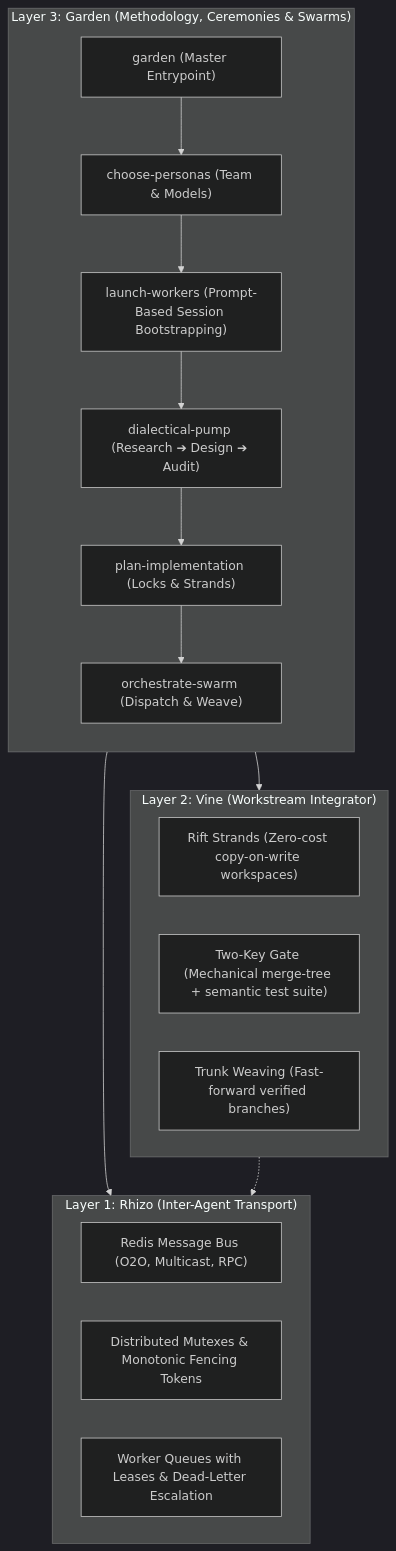
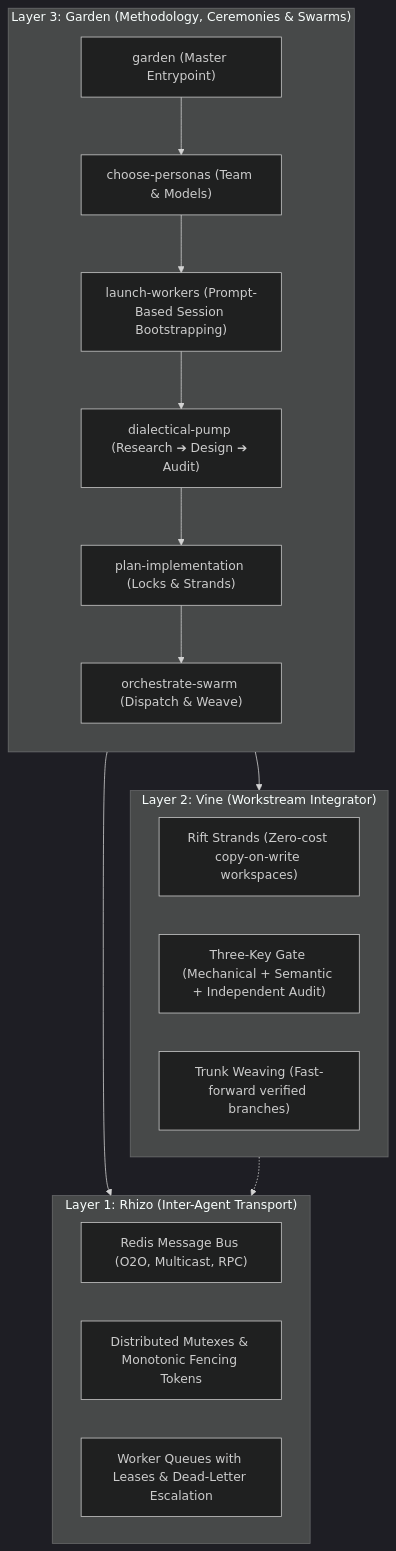
One commit to axiomantic/garden changed the diagram in README.md. Above: the diagram before and after it, drawn with Mermaid (dark theme). The commit also changed other lines of this file and 15 other files, not shown here.

Commit message:
feat(roadmap): add botanical roadmap command, procedural personas, and defeat-device audit gate

````diff
--- a/README.md
+++ b/README.md
@@ -34,29 +34,29 @@
 ```mermaid
 flowchart TD
     subgraph Layer3["Layer 3: Garden (Methodology, Ceremonies & Swarms)"]
         direction TB
         GardenSkill["garden (Master Entrypoint)"]
         P1["choose-personas (Team & Models)"]
         P2["launch-workers (Prompt-Based Session Bootstrapping)"]
         P3["dialectical-pump (Research ➔ Design ➔ Audit)"]
         P4["plan-implementation (Locks & Strands)"]
         P5["orchestrate-swarm (Dispatch & Weave)"]
         GardenSkill --> P1 --> P2 --> P3 --> P4 --> P5
     end
 
     subgraph Layer2["Layer 2: Vine (Workstream Integrator)"]
         Strands["Rift Strands (Zero-cost copy-on-write workspaces)"]
-        TwoKey["Two-Key Gate (Mechanical merge-tree + semantic test suite)"]
+        TwoKey["Three-Key Gate (Mechanical + Semantic + Independent Audit)"]
         Weave["Trunk Weaving (Fast-forward verified branches)"]
     end
 
     subgraph Layer1["Layer 1: Rhizo (Inter-Agent Transport)"]
         Bus["Redis Message Bus (O2O, Multicast, RPC)"]
         Locks["Distributed Mutexes & Monotonic Fencing Tokens"]
         Queues["Worker Queues with Leases & Dead-Letter Escalation"]
     end
 
     Layer3 --> Layer2
     Layer3 --> Layer1
     Layer2 -.-> Layer1
 ```
````
